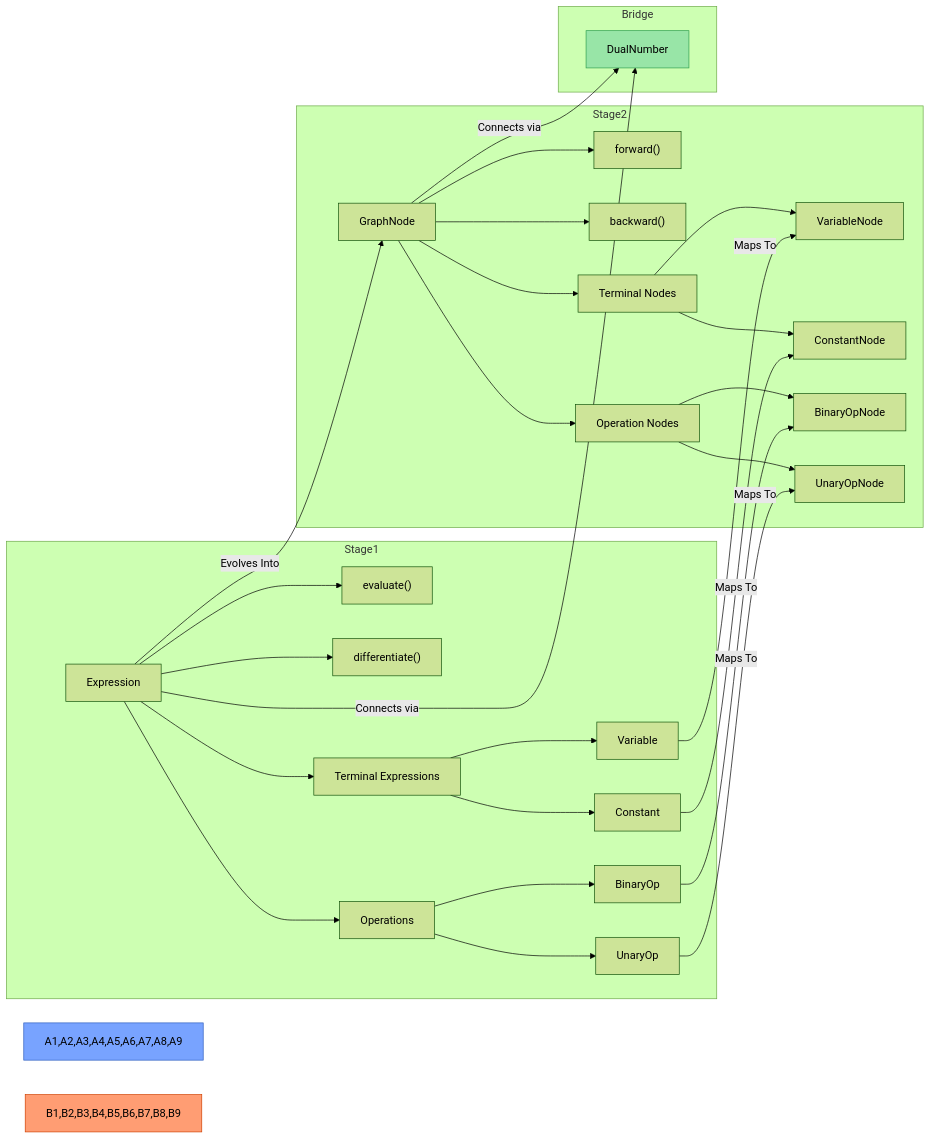
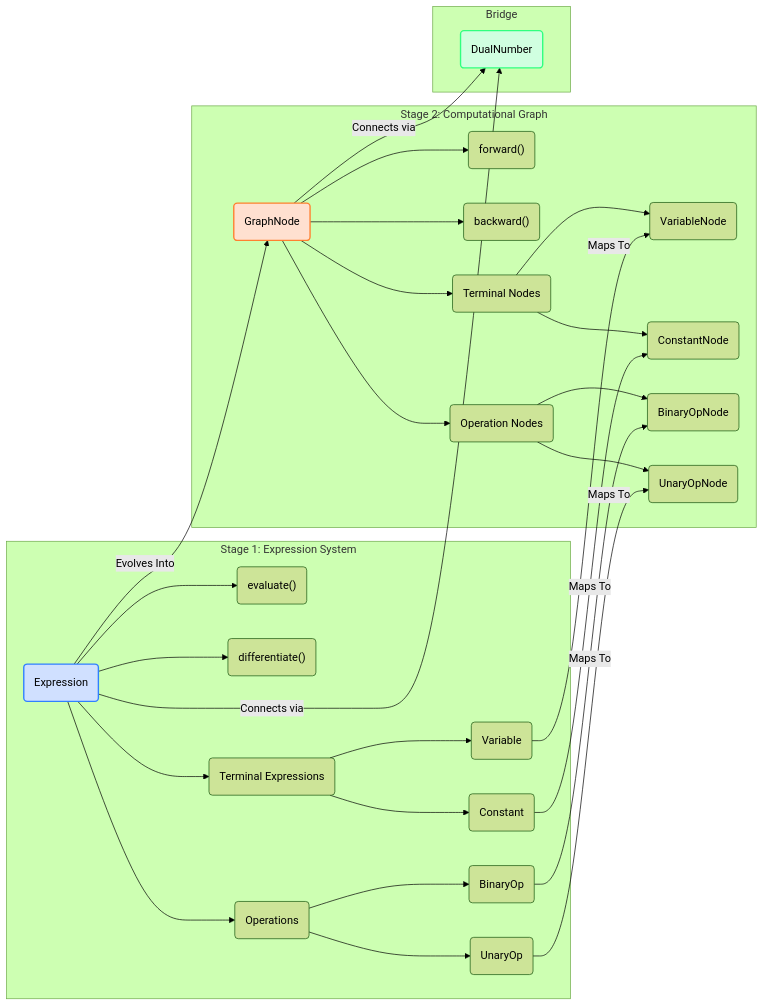
Before and after one commit to rdguerrerom/AutoDiff: the fifth of 5 diagrams in README.md, drawn with Mermaid (forest theme). The commit also changed other lines of this file, not shown here.

````diff
--- a/README.md
+++ b/README.md
@@ -210,41 +260,66 @@
 ```mermaid
 flowchart LR
-    subgraph "Stage1"
-        A1["Expression"] --> A2["evaluate()"]
-        A1 --> A3["differentiate()"]
-        A1 --> A4["Terminal Expressions"]
-        A4 --> A5["Variable"]
-        A4 --> A6["Constant"]
-        A1 --> A7["Operations"]
-        A7 --> A8["BinaryOp"]
-        A7 --> A9["UnaryOp"]
+    %% Stage 1 Components
+    subgraph "Stage 1: Expression System"
+        A1("Expression<T>")
+        A2("evaluate()")
+        A3("differentiate()")
+        A4("Terminal Expressions")
+        A5("Variable<T>")
+        A6("Constant<T>")
+        A7("Operations")
+        A8("BinaryOp<T>")
+        A9("UnaryOp<T>")
+        
+        A1 --> A2
+        A1 --> A3
+        A1 --> A4
+        A4 --> A5
+        A4 --> A6
+        A1 --> A7
+        A7 --> A8
+        A7 --> A9
     end
     
-    subgraph "Stage2"
-        B1["GraphNode"] --> B2["forward()"]
-        B1 --> B3["backward()"]
-        B1 --> B4["Terminal Nodes"]
-        B4 --> B5["VariableNode"]
-        B4 --> B6["ConstantNode"]
-        B1 --> B7["Operation Nodes"]
-        B7 --> B8["BinaryOpNode"]
-        B7 --> B9["UnaryOpNode"]
+    %% Stage 2 Components
+    subgraph "Stage 2: Computational Graph"
+        B1("GraphNode<T>")
+        B2("forward()")
+        B3("backward()")
+        B4("Terminal Nodes")
+        B5("VariableNode<T>")
+        B6("ConstantNode<T>")
+        B7("Operation Nodes")
+        B8("BinaryOpNode<T>")
+        B9("UnaryOpNode<T>")
+        
+        B1 --> B2
+        B1 --> B3
+        B1 --> B4
+        B4 --> B5
+        B4 --> B6
+        B1 --> B7
+        B7 --> B8
+        B7 --> B9
     end
     
+    %% Connections between stages
     A1 -- "Evolves Into" --> B1
     A5 -- "Maps To" --> B5
     A6 -- "Maps To" --> B6
     A8 -- "Maps To" --> B8
     A9 -- "Maps To" --> B9
     
+    %% Bridge component
     subgraph "Bridge"
-        C1["DualNumber"]
+        C1("DualNumber<T>")
     end
     
     A1 -- "Connects via" --> C1
     B1 -- "Connects via" --> C1
     
-    style A1,A2,A3,A4,A5,A6,A7,A8,A9 fill:#78a3ff,stroke:#3060c0
-    style B1,B2,B3,B4,B5,B6,B7,B8,B9 fill:#ff9d73,stroke:#d04000
-    style C1 fill:#98e5a7,stroke:#30a050
+    %% Styling
+    style A1 fill:#d0e0ff,stroke:#3080ff,stroke-width:2px
+    style B1 fill:#ffe0d0,stroke:#ff8030,stroke-width:2px
+    style C1 fill:#d0ffe0,stroke:#30ff80,stroke-width:2px
 ```
````
